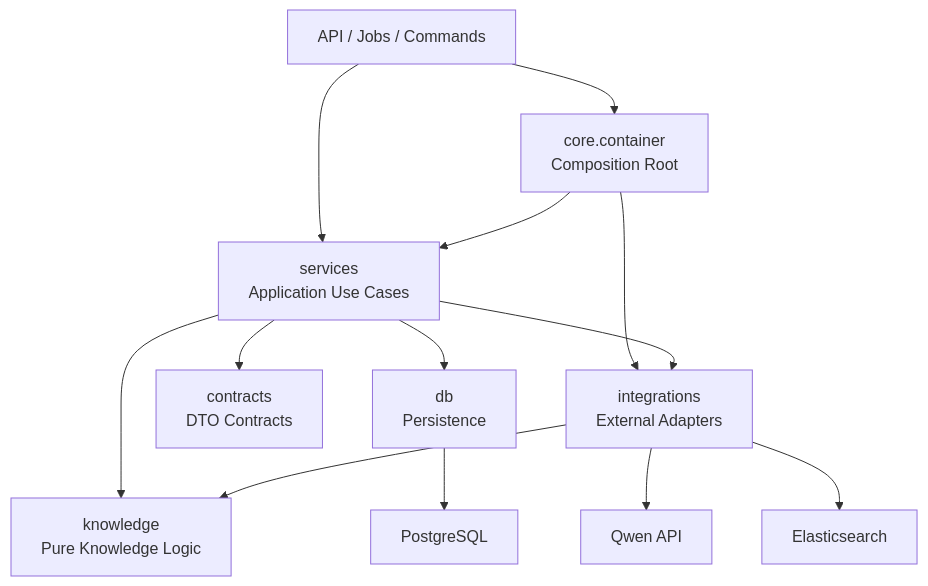
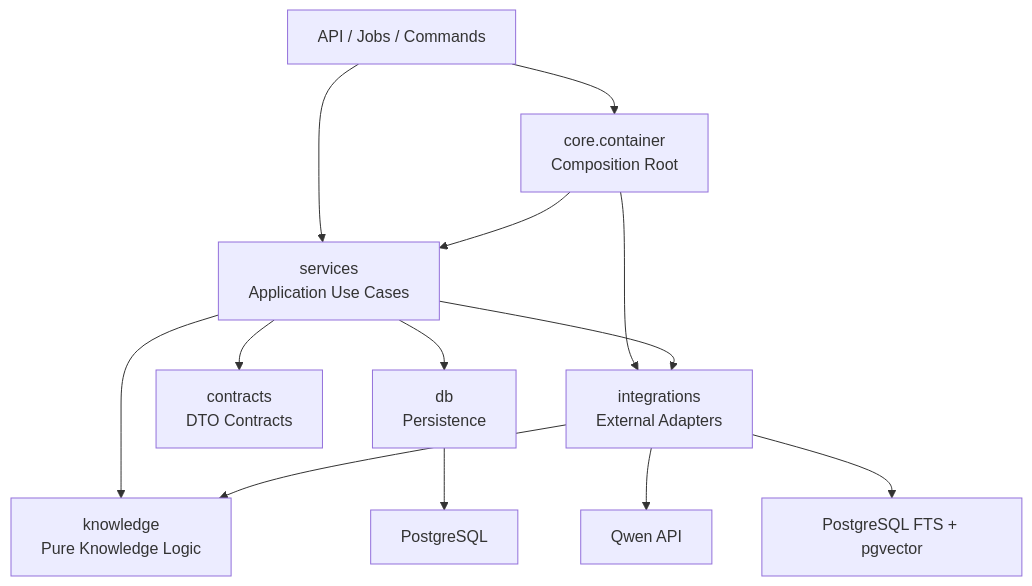
One commit to DarkCrow-w/tellerx-chatbot changed the diagram in docs/production-code-architecture.md. Above: the diagram before and after it, drawn with Mermaid. The commit also changed other lines of this file and 33 other files, not shown here.

````diff
--- a/docs/production-code-architecture.md
+++ b/docs/production-code-architecture.md
@@ -8,15 +8,15 @@
 ```mermaid
 flowchart TD
     ENTRY["API / Jobs / Commands"] --> CONTAINER["core.container\nComposition Root"]
     ENTRY --> SERVICE["services\nApplication Use Cases"]
     CONTAINER --> SERVICE
     CONTAINER --> ADAPTER["integrations\nExternal Adapters"]
     SERVICE --> CONTRACT["contracts\nDTO Contracts"]
     SERVICE --> KNOWLEDGE["knowledge\nPure Knowledge Logic"]
     SERVICE --> DB["db\nPersistence"]
     SERVICE --> ADAPTER
     ADAPTER --> KNOWLEDGE
     ADAPTER --> QWEN["Qwen API"]
-    ADAPTER --> ES["Elasticsearch"]
+    ADAPTER --> SEARCH["PostgreSQL FTS + pgvector"]
     DB --> PG["PostgreSQL"]
 ```
````
